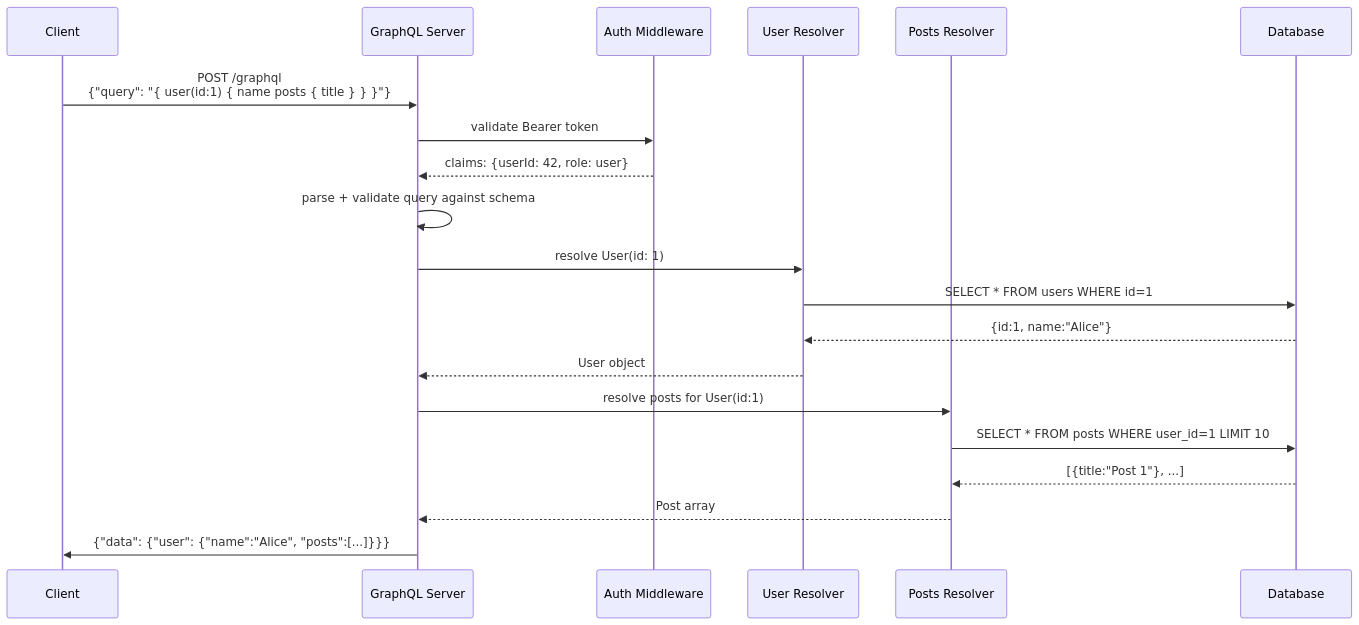
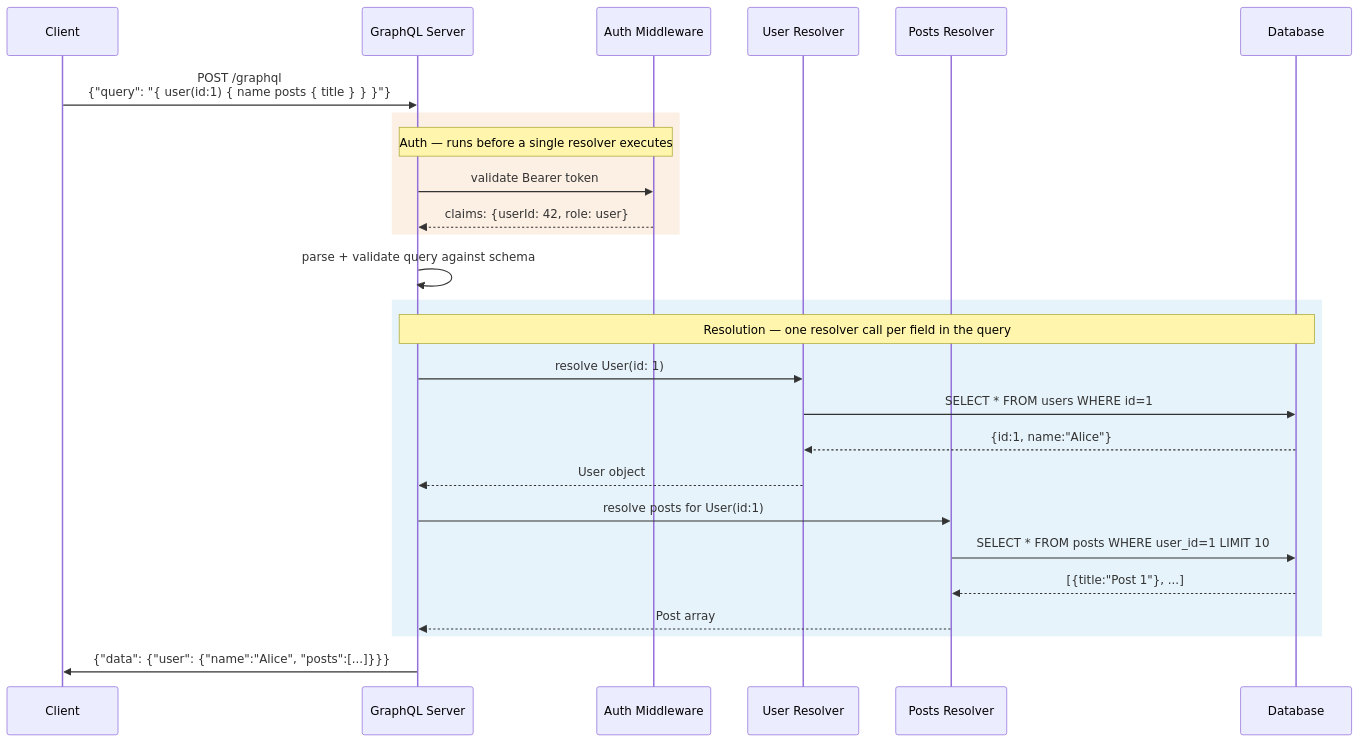
Before and after one commit to deepanshu-rawat6/DevOpsIndex: the fourth of 5 diagrams in networking/grpc-graphql.md, drawn with Mermaid. The commit also changed other lines of this file and 8 other files, not shown here.

````diff
--- a/networking/grpc-graphql.md
+++ b/networking/grpc-graphql.md
@@ -241,23 +396,33 @@
 ```mermaid
 sequenceDiagram
     participant CLIENT2 as Client
     participant GQL2 as GraphQL Server
     participant AUTH2 as Auth Middleware
     participant R1 as User Resolver
     participant R2 as Posts Resolver
     participant DB2 as Database
 
-    CLIENT2->>GQL2: POST /graphql<br>{"query": "{ user(id:1) { name posts { title } } }"}
+    CLIENT2->>GQL2: POST /graphql<br/>{"query": "{ user(id:1) { name posts { title } } }"}
+
+    rect rgba(230, 126, 34, 0.12)
+    Note over GQL2,AUTH2: Auth — runs before a single resolver executes
     GQL2->>AUTH2: validate Bearer token
     AUTH2-->>GQL2: claims: {userId: 42, role: user}
+    end
+
     GQL2->>GQL2: parse + validate query against schema
+
+    rect rgba(52, 152, 219, 0.12)
+    Note over GQL2,DB2: Resolution — one resolver call per field in the query
     GQL2->>R1: resolve User(id: 1)
     R1->>DB2: SELECT * FROM users WHERE id=1
     DB2-->>R1: {id:1, name:"Alice"}
     R1-->>GQL2: User object
     GQL2->>R2: resolve posts for User(id:1)
     R2->>DB2: SELECT * FROM posts WHERE user_id=1 LIMIT 10
     DB2-->>R2: [{title:"Post 1"}, ...]
     R2-->>GQL2: Post array
+    end
+
     GQL2->>CLIENT2: {"data": {"user": {"name":"Alice", "posts":[...]}}}
 ```
````
